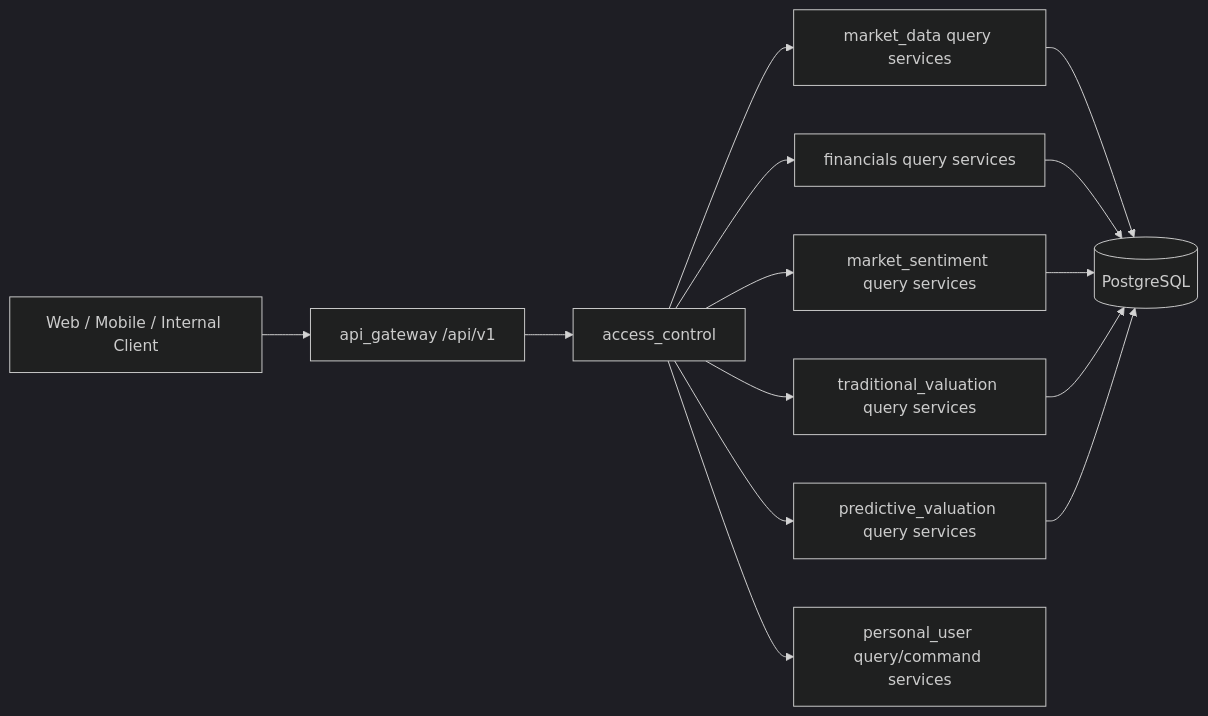
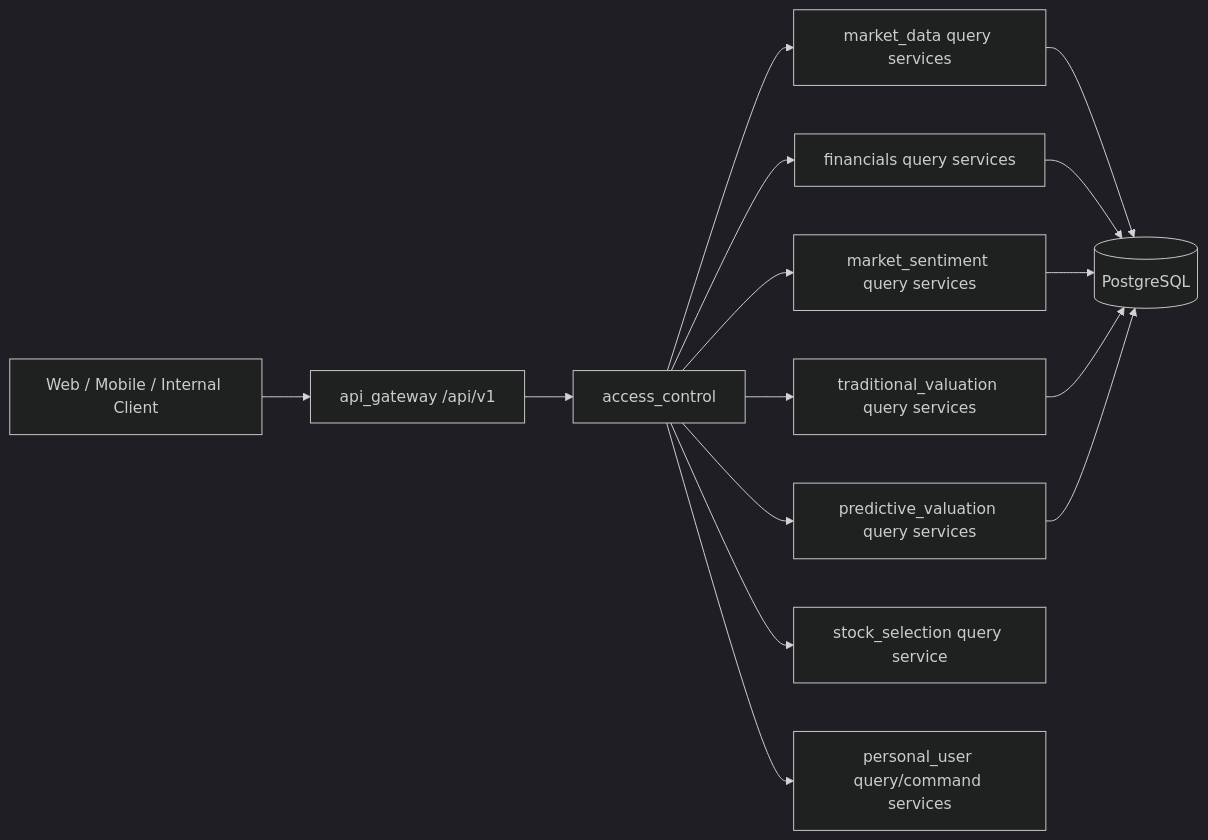
Before and after one commit to bizeasy17/sms: the diagram in manniu/docs/requirements/modules/api-gateway-design.md, drawn with Mermaid (dark theme). The commit also changed other lines of this file and 12 other files, not shown here.

````diff
--- a/manniu/docs/requirements/modules/api-gateway-design.md
+++ b/manniu/docs/requirements/modules/api-gateway-design.md
@@ -30,16 +31,17 @@
 ```mermaid
 flowchart LR
     Client[Web / Mobile / Internal Client] --> Gateway[api_gateway /api/v1]
     Gateway --> Auth[access_control]
     Auth --> MarketQuery[market_data query services]
     Auth --> FinancialQuery[financials query services]
     Auth --> SentimentQuery[market_sentiment query services]
     Auth --> TraditionalQuery[traditional_valuation query services]
     Auth --> PredictiveQuery[predictive_valuation query services]
+    Auth --> StockSelectionQuery[stock_selection query service]
     Auth --> PersonalUser[personal_user query/command services]
     MarketQuery --> PG[(PostgreSQL)]
     FinancialQuery --> PG
     SentimentQuery --> PG
     TraditionalQuery --> PG
     PredictiveQuery --> PG
 ```
````
